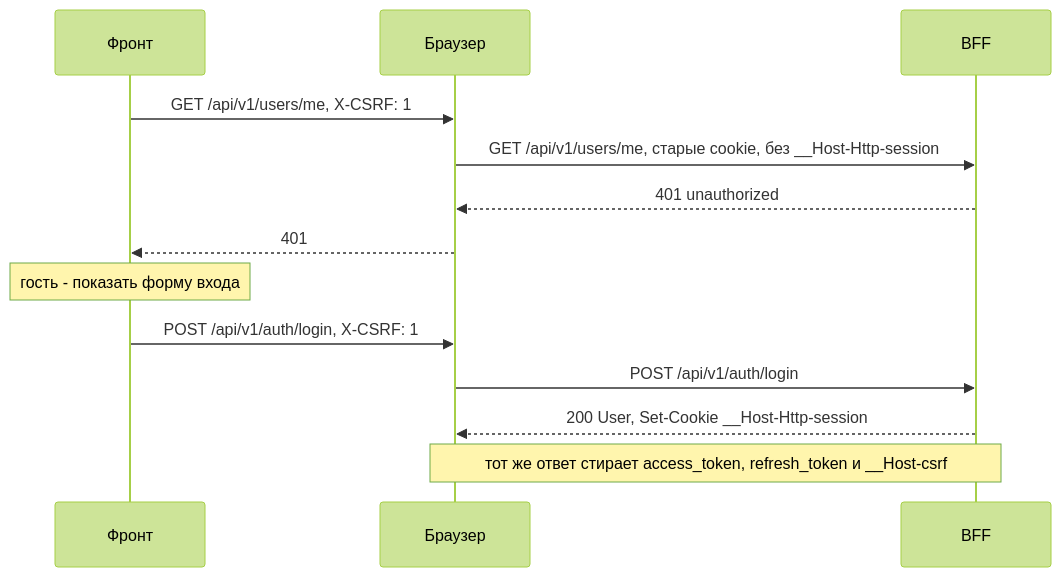
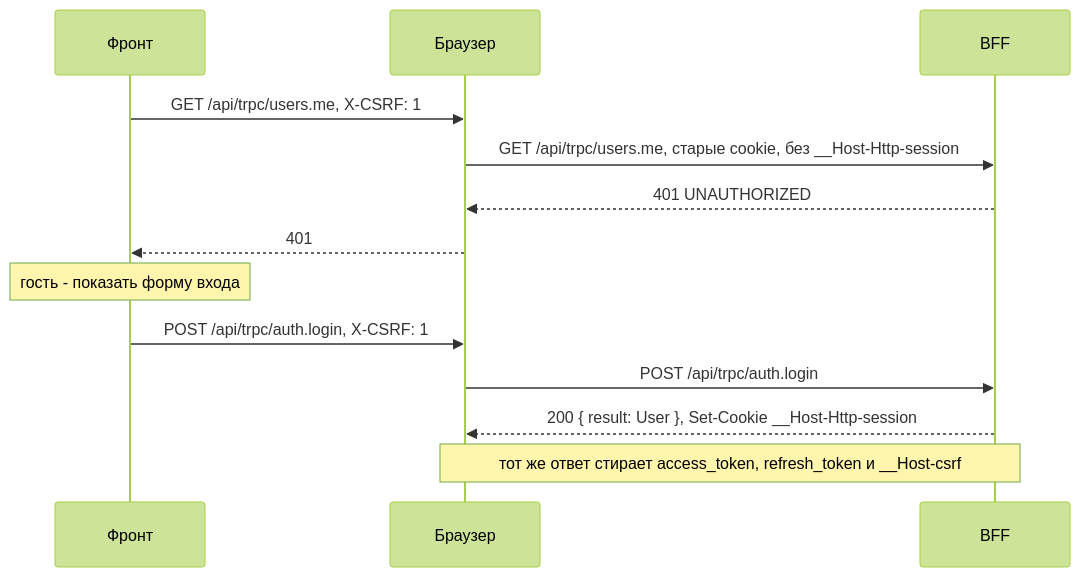
The tenth of 10 diagrams in site/modules/2026-10/tracks/bff/auth.md (Cringe-Driven-Development-Team/docs), drawn with Mermaid (forest theme) before and after one commit. The commit also changed other lines of this file and 1 other file, not shown here.

````diff
--- a/site/modules/2026-10/tracks/bff/auth.md
+++ b/site/modules/2026-10/tracks/bff/auth.md
@@ -353,15 +355,15 @@
 ```mermaid
 sequenceDiagram
   participant F as Фронт
   participant B as Браузер
   participant P as BFF
-  F->>B: GET /api/v1/users/me, X-CSRF: 1
-  B->>P: GET /api/v1/users/me, старые cookie, без __Host-Http-session
-  P-->>B: 401 unauthorized
+  F->>B: GET /api/trpc/users.me, X-CSRF: 1
+  B->>P: GET /api/trpc/users.me, старые cookie, без __Host-Http-session
+  P-->>B: 401 UNAUTHORIZED
   B-->>F: 401
   Note over F: гость - показать форму входа
-  F->>B: POST /api/v1/auth/login, X-CSRF: 1
-  B->>P: POST /api/v1/auth/login
-  P-->>B: 200 User, Set-Cookie __Host-Http-session
+  F->>B: POST /api/trpc/auth.login, X-CSRF: 1
+  B->>P: POST /api/trpc/auth.login
+  P-->>B: 200 { result: User }, Set-Cookie __Host-Http-session
   Note over P,B: тот же ответ стирает access_token, refresh_token и __Host-csrf
 ```
````
